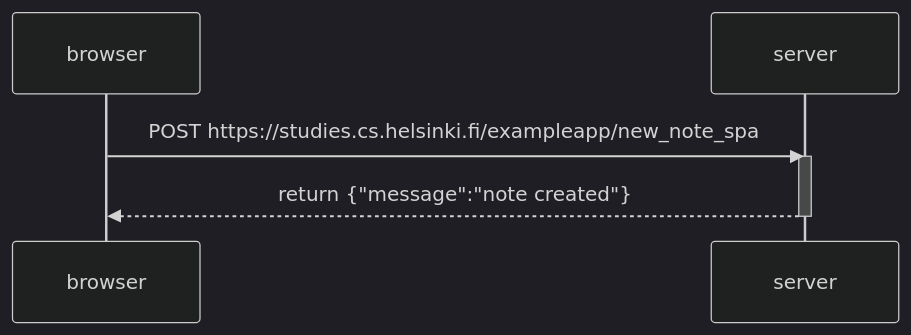
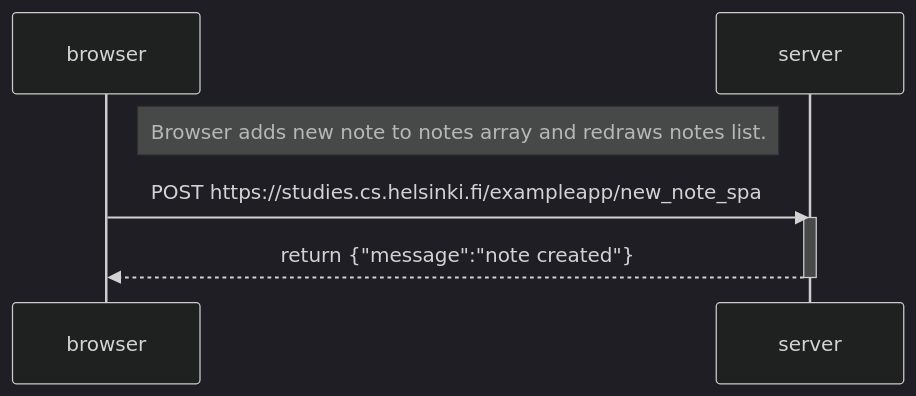
Before and after one commit to r-solanki/fullstack: the diagram in part0/new_note_spa_diagram.md, drawn with Mermaid (dark theme).

Commit message:
browser side changes

````diff
--- a/part0/new_note_spa_diagram.md
+++ b/part0/new_note_spa_diagram.md
@@ -1,9 +1,10 @@
 ```mermaid
     sequenceDiagram
         participant browser
         participant server
+        Note right of browser: Browser adds new note to notes array and redraws notes list.
         browser->>server: POST https://studies.cs.helsinki.fi/exampleapp/new_note_spa
         activate server
         server-->>browser: return {"message":"note created"}
         deactivate server
 ```
````
